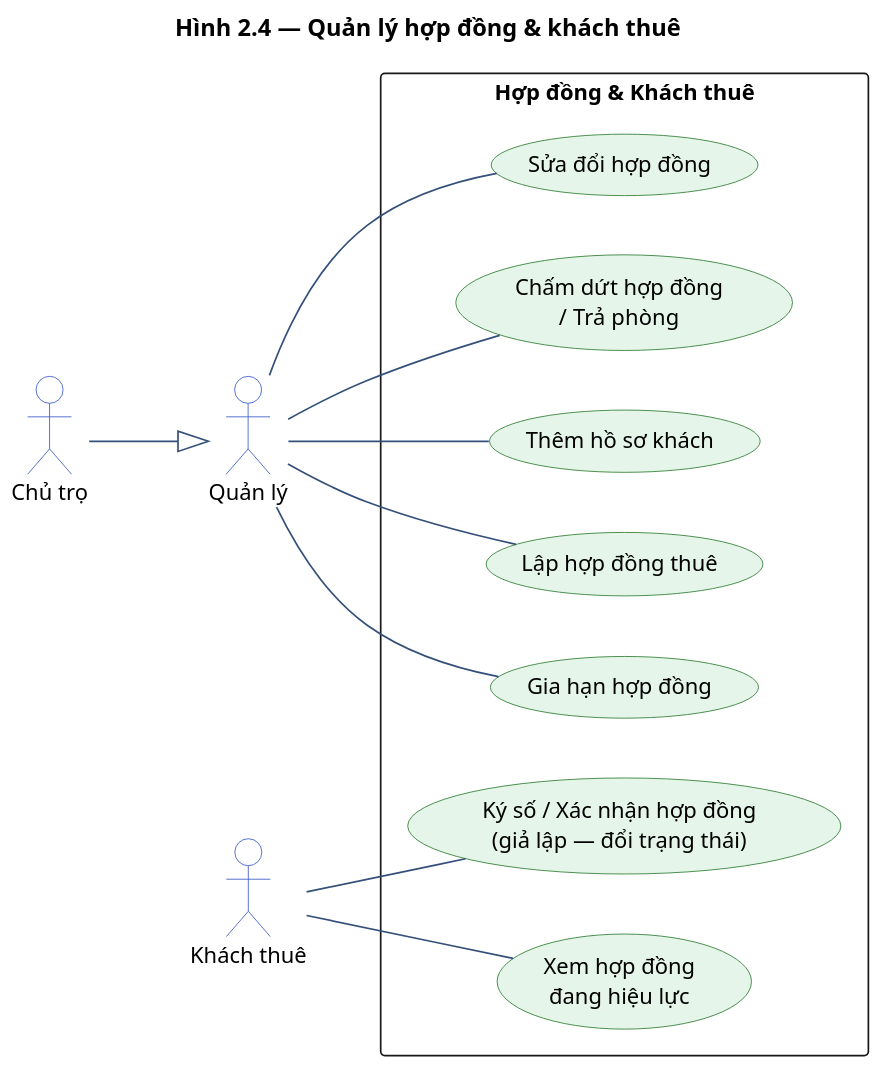
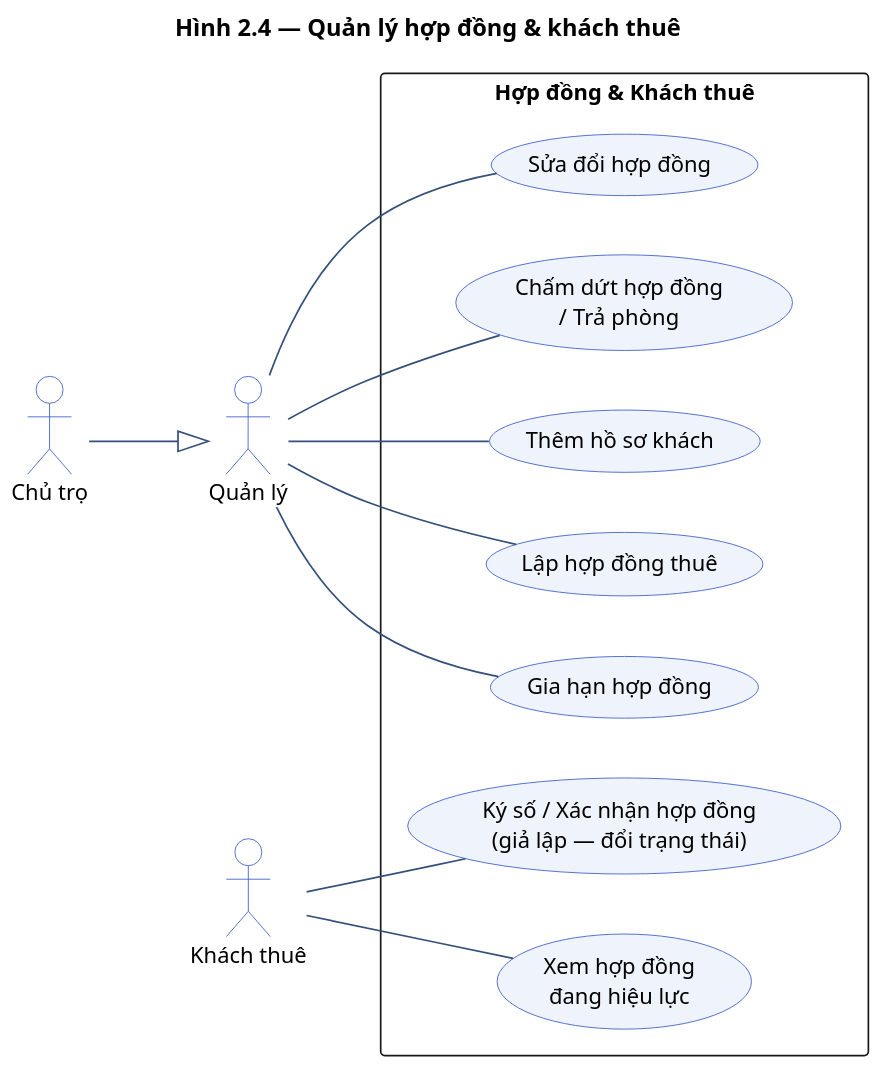
The diagram in docs/diagrams/2.04_uc_contract.puml (DiepTuHuy/Hostel_Management), drawn with PlantUML before and after one commit. The commit also changed 18 other files, not shown here.

```diff
--- a/docs/diagrams/2.04_uc_contract.puml
+++ b/docs/diagrams/2.04_uc_contract.puml
@@ -1,44 +1,44 @@
 @startuml UC_Contract
 title Hình 2.4 — Quản lý hợp đồng & khách thuê
 
 skinparam dpi 150
 skinparam shadowing false
 skinparam defaultFontName "Segoe UI"
 skinparam defaultFontSize 13
 skinparam packageStyle rectangle
 skinparam ArrowColor #34507A
 skinparam usecase {
-  BackgroundColor #E6F5EA
-  BorderColor #2E7D32
+  BackgroundColor #EEF3FC
+  BorderColor #3A5BC7
 }
 skinparam actor {
   BackgroundColor #FFFFFF
   BorderColor #3A5BC7
 }
 left to right direction
 
 actor "Chủ trọ"     as Owner
 actor "Quản lý"     as Manager
 actor "Khách thuê"  as Tenant
 
 rectangle "Hợp đồng & Khách thuê" {
   usecase "Thêm hồ sơ khách"            as C1
   usecase "Lập hợp đồng thuê"           as C2
   usecase "Ký số / Xác nhận hợp đồng\n(giả lập — đổi trạng thái)" as C3
   usecase "Gia hạn hợp đồng"            as C4
   usecase "Sửa đổi hợp đồng"            as C5
   usecase "Chấm dứt hợp đồng\n/ Trả phòng" as C6
   usecase "Xem hợp đồng\nđang hiệu lực"        as C7
 }
 
 ' Kế thừa: Chủ trọ dùng chung toàn bộ chức năng hợp đồng với Quản lý
 Owner --|> Manager
 Manager -- C1
 Manager -- C2
 Manager -- C4
 Manager -- C5
 Manager -- C6
 Tenant  -- C3
 Tenant  -- C7
 
 @enduml
```
